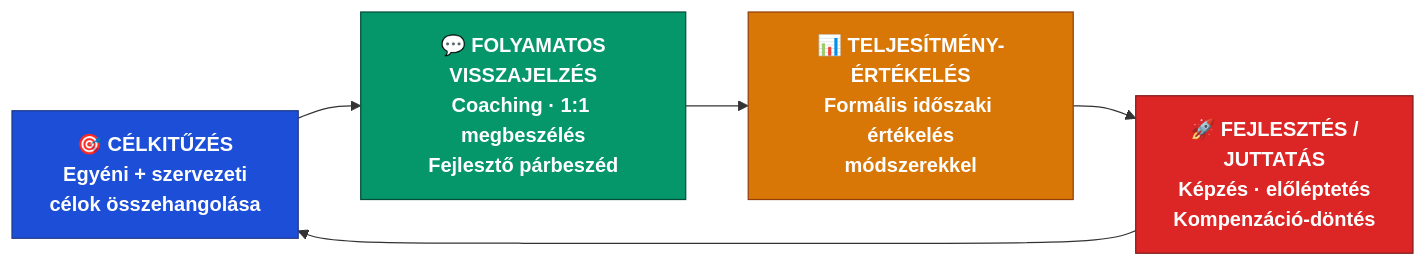
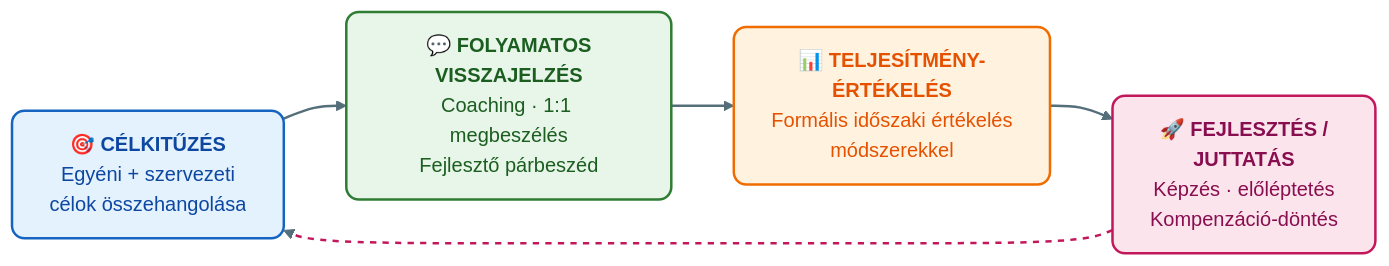
The first of 2 diagrams in Tételek/K13-GMXHR1MBLF-Teljesítménymenedzsment és értékelés.tétel.md (denespocsik/MM_BSC_Zarovizsga), drawn with Mermaid before and after one commit. The commit also changed other lines of this file and 34 other files, not shown here.

First line of the commit message:
style(tételek): egységes vizuális arculat a Mermaid-diagramokhoz

````diff
--- a/Tételek/K13-GMXHR1MBLF-Teljesítménymenedzsment és értékelés.tétel.md
+++ b/Tételek/K13-GMXHR1MBLF-Teljesítménymenedzsment és értékelés.tétel.md
@@ -15,13 +15,16 @@
 ```mermaid
 flowchart LR
-    A["🎯 CÉLKITŰZÉS\nEgyéni + szervezeti\ncélok összehangolása"]:::cel
-    --> B["💬 FOLYAMATOS\nVISSZAJELZÉS\nCoaching · 1:1 megbeszélés\nFejlesztő párbeszéd"]:::visszajelzes
-    --> C["📊 TELJESÍTMÉNY-\nÉRTÉKELÉS\nFormális időszaki értékelés\nmódszerekkel"]:::ertekeles
-    --> D["🚀 FEJLESZTÉS /\nJUTTATÁS\nKépzés · előléptetés\nKompenzáció-döntés"]:::fejlesztes
+    A["🎯 <b>CÉLKITŰZÉS</b><br/>Egyéni + szervezeti<br/>célok összehangolása"]:::kek
+    --> B["💬 <b>FOLYAMATOS</b><br/><b>VISSZAJELZÉS</b><br/>Coaching · 1:1 megbeszélés<br/>Fejlesztő párbeszéd"]:::zold
+    --> C["📊 <b>TELJESÍTMÉNY-</b><br/><b>ÉRTÉKELÉS</b><br/>Formális időszaki értékelés<br/>módszerekkel"]:::narancs
+    --> D["🚀 <b>FEJLESZTÉS /</b><br/><b>JUTTATÁS</b><br/>Képzés · előléptetés<br/>Kompenzáció-döntés"]:::rozsa
     --> A
 
-    classDef cel          fill:#1d4ed8,stroke:#1e3a8a,color:#ffffff,font-weight:bold
-    classDef visszajelzes fill:#059669,stroke:#064e3b,color:#ffffff,font-weight:bold
-    classDef ertekeles    fill:#d97706,stroke:#92400e,color:#ffffff,font-weight:bold
-    classDef fejlesztes   fill:#dc2626,stroke:#7f1d1d,color:#ffffff,font-weight:bold
+    classDef kek     fill:#e3f2fd,stroke:#1565c0,stroke-width:2px,color:#0d47a1,rx:10,ry:10;
+    classDef zold    fill:#e8f5e9,stroke:#2e7d32,stroke-width:2px,color:#1b5e20,rx:10,ry:10;
+    classDef narancs fill:#fff3e0,stroke:#ef6c00,stroke-width:2px,color:#e65100,rx:10,ry:10;
+    classDef rozsa   fill:#fce4ec,stroke:#c2185b,stroke-width:2px,color:#880e4f,rx:10,ry:10;
+
+    linkStyle default stroke:#546e7a,stroke-width:2px;
+    linkStyle 3 stroke:#c2185b,stroke-width:2px,stroke-dasharray: 5 5;
 ```
````
